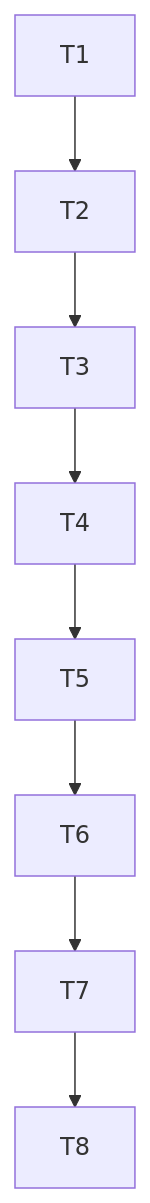
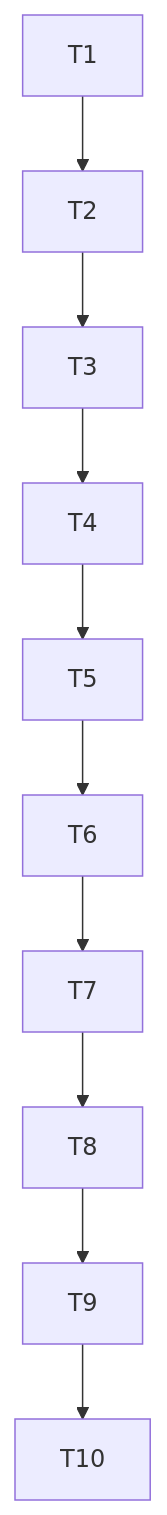
One commit to DevDayHackathon/caixa_simples_openAI changed the diagram in .specs/features/integracao-final/tasks.md. Above: the diagram before and after it, drawn with Mermaid. The commit also changed other lines of this file and 4 other files, not shown here.

````diff
--- a/.specs/features/integracao-final/tasks.md
+++ b/.specs/features/integracao-final/tasks.md
@@ -6,10 +6,12 @@
 ```mermaid
 flowchart TD
 T1 --> T2
 T2 --> T3
 T3 --> T4
 T4 --> T5
 T5 --> T6
 T6 --> T7
 T7 --> T8
+T8 --> T9
+T9 --> T10
 ```
````
